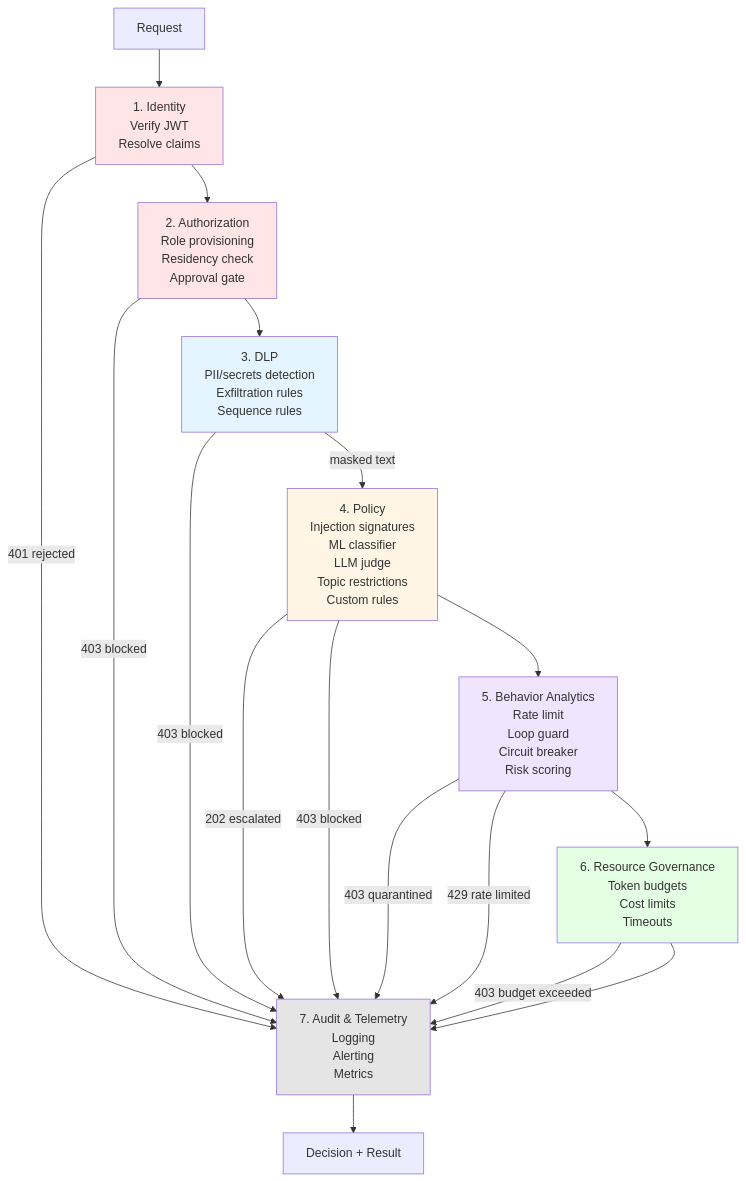
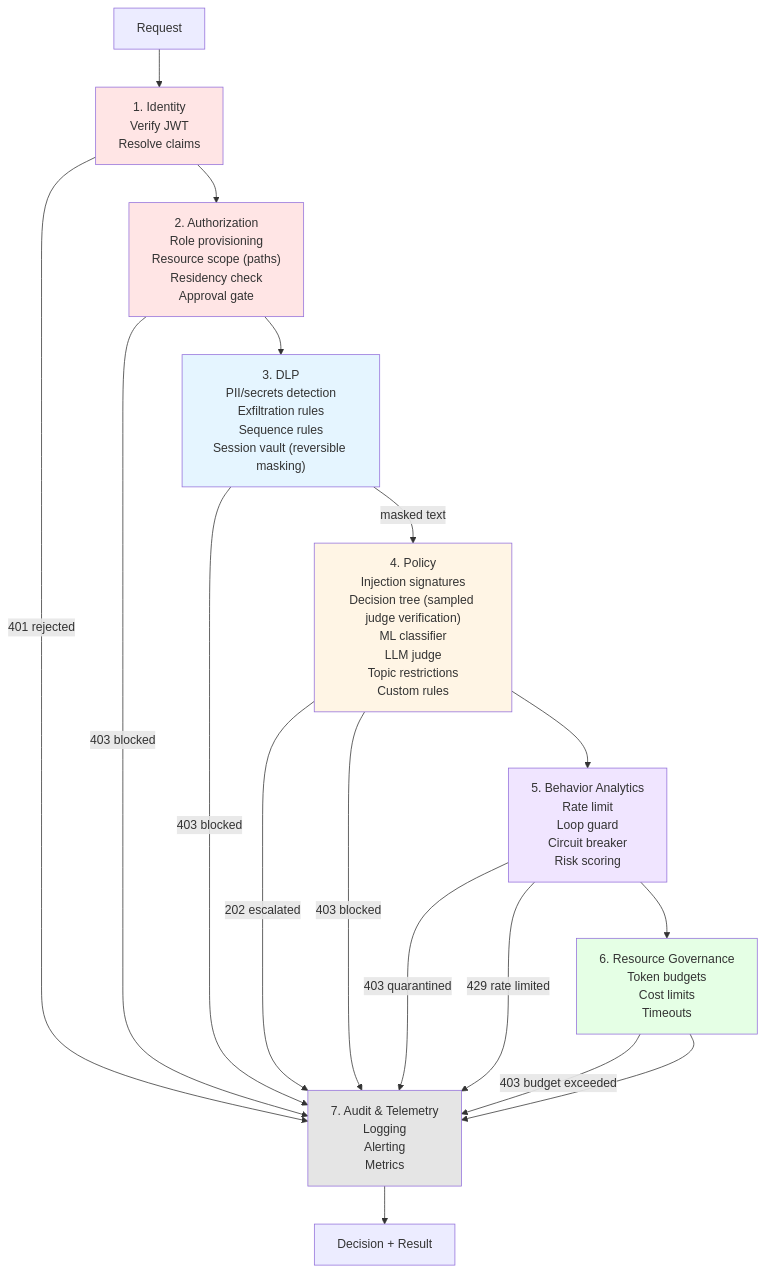
The second of 5 diagrams in WIKI/architecture.md (SecCodeSmith/IA-Controled-Layer), drawn with Mermaid before and after one commit. The commit also changed 133 other files, not shown here.

````diff
--- a/WIKI/architecture.md
+++ b/WIKI/architecture.md
@@ -37,37 +37,37 @@
 ```mermaid
 graph TD
     Start["Request"]
     Stage1["1. Identity<br/>Verify JWT<br/>Resolve claims"]
-    Stage2["2. Authorization<br/>Role provisioning<br/>Residency check<br/>Approval gate"]
-    Stage3["3. DLP<br/>PII/secrets detection<br/>Exfiltration rules<br/>Sequence rules"]
-    Stage4["4. Policy<br/>Injection signatures<br/>ML classifier<br/>LLM judge<br/>Topic restrictions<br/>Custom rules"]
+    Stage2["2. Authorization<br/>Role provisioning<br/>Resource scope (paths)<br/>Residency check<br/>Approval gate"]
+    Stage3["3. DLP<br/>PII/secrets detection<br/>Exfiltration rules<br/>Sequence rules<br/>Session vault (reversible masking)"]
+    Stage4["4. Policy<br/>Injection signatures<br/>Decision tree (sampled judge verification)<br/>ML classifier<br/>LLM judge<br/>Topic restrictions<br/>Custom rules"]
     Stage5["5. Behavior Analytics<br/>Rate limit<br/>Loop guard<br/>Circuit breaker<br/>Risk scoring"]
     Stage6["6. Resource Governance<br/>Token budgets<br/>Cost limits<br/>Timeouts"]
     Stage7["7. Audit & Telemetry<br/>Logging<br/>Alerting<br/>Metrics"]
     End["Decision + Result"]
 
     Start --> Stage1
     Stage1 -->|401 rejected| Stage7
     Stage1 --> Stage2
     Stage2 -->|403 blocked| Stage7
     Stage2 --> Stage3
     Stage3 -->|masked text| Stage4
     Stage3 -->|403 blocked| Stage7
     Stage4 -->|202 escalated| Stage7
     Stage4 -->|403 blocked| Stage7
     Stage4 --> Stage5
     Stage5 -->|403 quarantined| Stage7
     Stage5 -->|429 rate limited| Stage7
     Stage5 --> Stage6
     Stage6 -->|403 budget exceeded| Stage7
     Stage6 --> Stage7
     Stage7 --> End
 
     style Stage1 fill:#ffe5e5
     style Stage2 fill:#ffe5e5
     style Stage3 fill:#e5f5ff
     style Stage4 fill:#fff5e5
     style Stage5 fill:#f0e5ff
     style Stage6 fill:#e5ffe5
     style Stage7 fill:#e5e5e5
 ```
````
